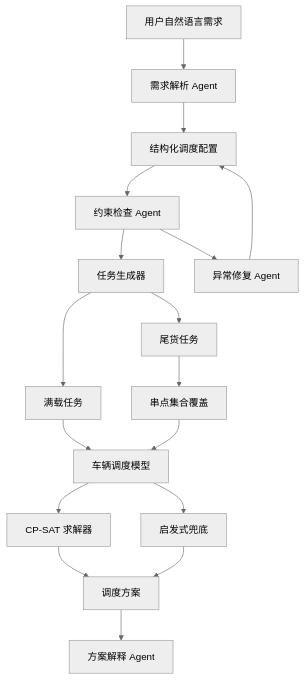
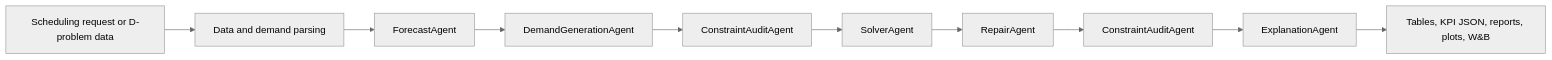
One commit to pypypaoying/ShortHaul-Dispatch-Agent changed the diagram in reports/technical_report.md. Above: the diagram before and after it, drawn with Mermaid (neutral theme). The commit also changed other lines of this file and 12 other files, not shown here.

````diff
--- a/reports/technical_report.md
+++ b/reports/technical_report.md
@@ -27,19 +30,12 @@
 ```mermaid
-flowchart TD
-    A["用户自然语言需求"] --> B["需求解析 Agent"]
-    B --> C["结构化调度配置"]
-    C --> D["约束检查 Agent"]
-    D --> E["任务生成器"]
-    E --> F["满载任务"]
-    E --> G["尾货任务"]
-    G --> H["串点集合覆盖"]
-    F --> I["车辆调度模型"]
-    H --> I
-    I --> J["CP-SAT 求解器"]
-    I --> K["启发式兜底"]
-    J --> L["调度方案"]
-    K --> L
-    L --> M["方案解释 Agent"]
-    D --> N["异常修复 Agent"]
-    N --> C
+flowchart LR
+    A["Scheduling request or D-problem data"] --> B["Data and demand parsing"]
+    B --> C["ForecastAgent"]
+    C --> D["DemandGenerationAgent"]
+    D --> E["ConstraintAuditAgent"]
+    E --> F["SolverAgent"]
+    F --> G["RepairAgent"]
+    G --> H["ConstraintAuditAgent"]
+    H --> I["ExplanationAgent"]
+    I --> J["Tables, KPI JSON, reports, plots, W&B"]
 ```
````
